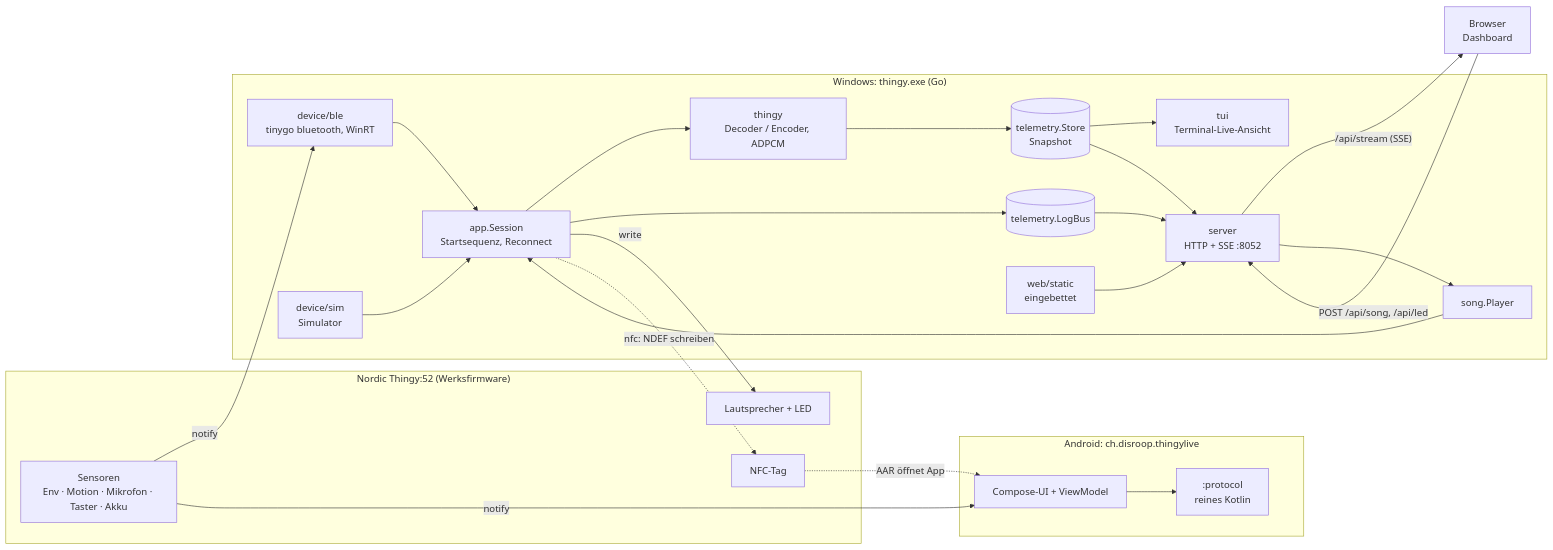
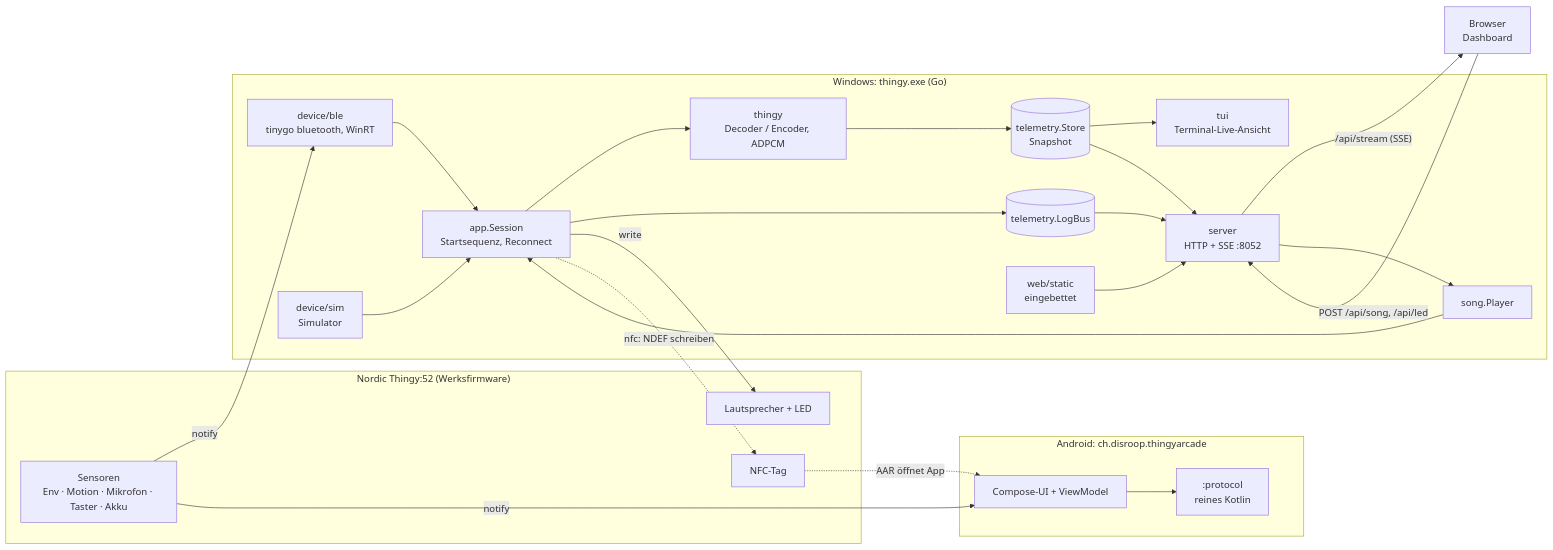
The first of 2 diagrams in docs/ARCHITECTURE.md (stefaneicher/disroop-sensor-playground), drawn with Mermaid before and after one commit. The commit also changed other lines of this file and 150 other files, not shown here.

````diff
--- a/docs/ARCHITECTURE.md
+++ b/docs/ARCHITECTURE.md
@@ -5,44 +5,44 @@
 ```mermaid
 flowchart LR
   subgraph Thingy["Nordic Thingy:52 (Werksfirmware)"]
     S[Sensoren<br/>Env · Motion · Mikrofon · Taster · Akku]
     A[Lautsprecher + LED]
     N[NFC-Tag]
   end
 
   subgraph Win["Windows: thingy.exe (Go)"]
     BLE[device/ble<br/>tinygo bluetooth, WinRT]
     SIM[device/sim<br/>Simulator]
     SES[app.Session<br/>Startsequenz, Reconnect]
     DEC[thingy<br/>Decoder / Encoder, ADPCM]
     ST[(telemetry.Store<br/>Snapshot)]
     LOG[(telemetry.LogBus)]
     TUI[tui<br/>Terminal-Live-Ansicht]
     HTTP[server<br/>HTTP + SSE :8052]
     SONG[song.Player]
     WEB[web/static<br/>eingebettet]
   end
 
   Browser[Browser<br/>Dashboard]
-  subgraph Phone["Android: ch.disroop.thingylive"]
+  subgraph Phone["Android: ch.disroop.thingyarcade"]
     APP[Compose-UI + ViewModel]
     PROTO[:protocol<br/>reines Kotlin]
   end
 
   S -- notify --> BLE
   BLE --> SES
   SIM --> SES
   SES --> DEC --> ST
   SES --> LOG
   ST --> TUI
   ST --> HTTP
   LOG --> HTTP
   HTTP -- "/api/stream (SSE)" --> Browser
   Browser -- "POST /api/song, /api/led" --> HTTP
   HTTP --> SONG --> SES -- write --> A
   WEB --> HTTP
   SES -. "nfc: NDEF schreiben" .-> N
   N -. "AAR öffnet App" .-> APP
   S -- notify --> APP
   APP --> PROTO
 ```
````
